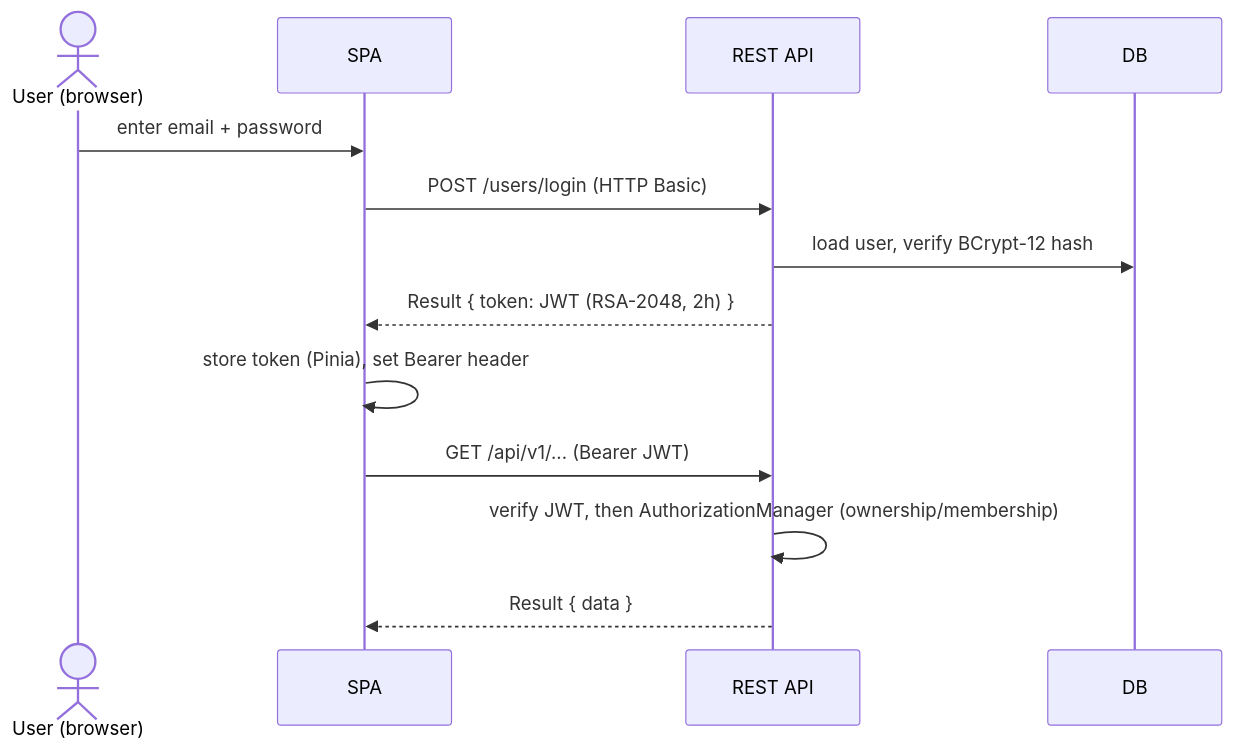
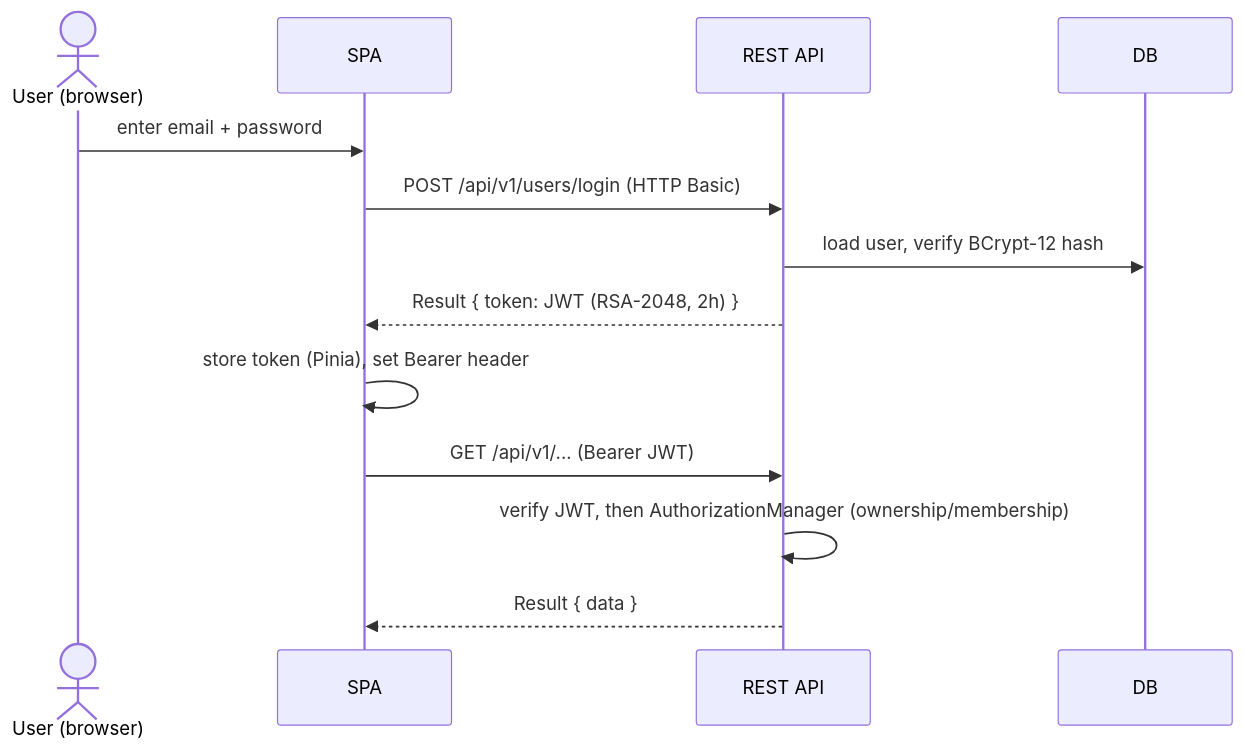
One commit to Washingtonwei/project-pulse changed the fourth of 5 diagrams in docs/pulse-core/design/architectural-design.md. Above: the diagram before and after it, drawn with Mermaid. The commit also changed other lines of this file and 3 other files, not shown here.

````diff
--- a/docs/pulse-core/design/architectural-design.md
+++ b/docs/pulse-core/design/architectural-design.md
@@ -165,15 +165,15 @@
 ```mermaid
 sequenceDiagram
     actor U as User (browser)
     participant SPA
     participant API as REST API
     participant DB
     U->>SPA: enter email + password
-    SPA->>API: POST /users/login (HTTP Basic)
+    SPA->>API: POST /api/v1/users/login (HTTP Basic)
     API->>DB: load user, verify BCrypt-12 hash
     API-->>SPA: Result { token: JWT (RSA-2048, 2h) }
     SPA->>SPA: store token (Pinia), set Bearer header
     SPA->>API: GET /api/v1/... (Bearer JWT)
     API->>API: verify JWT, then AuthorizationManager (ownership/membership)
     API-->>SPA: Result { data }
 ```
````
